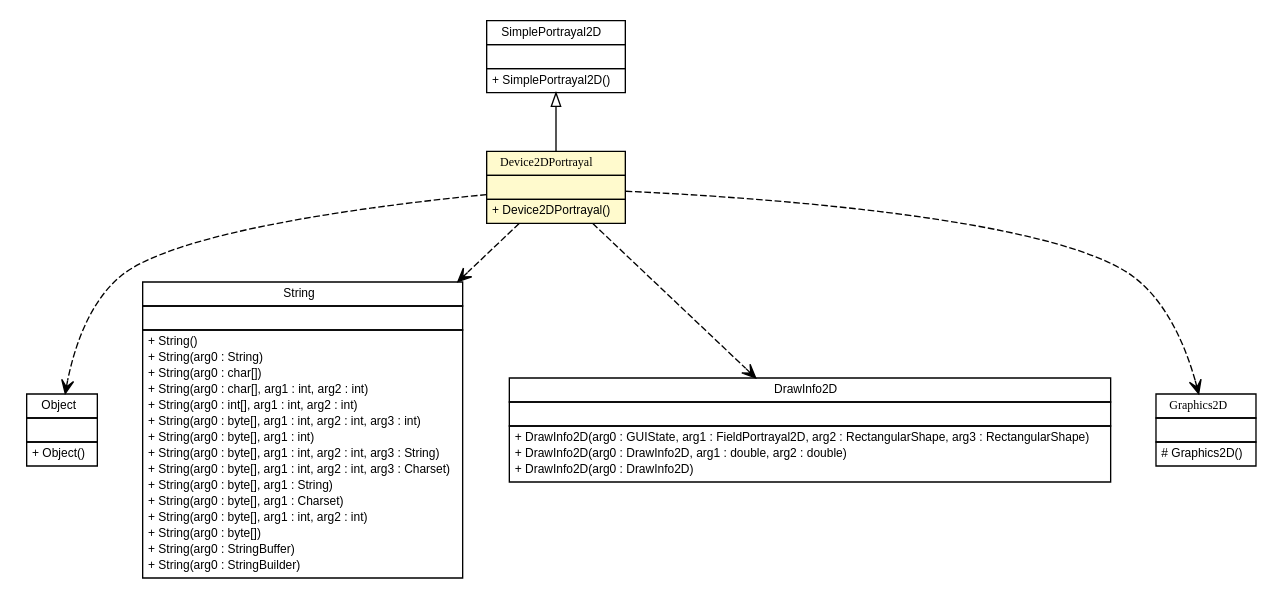
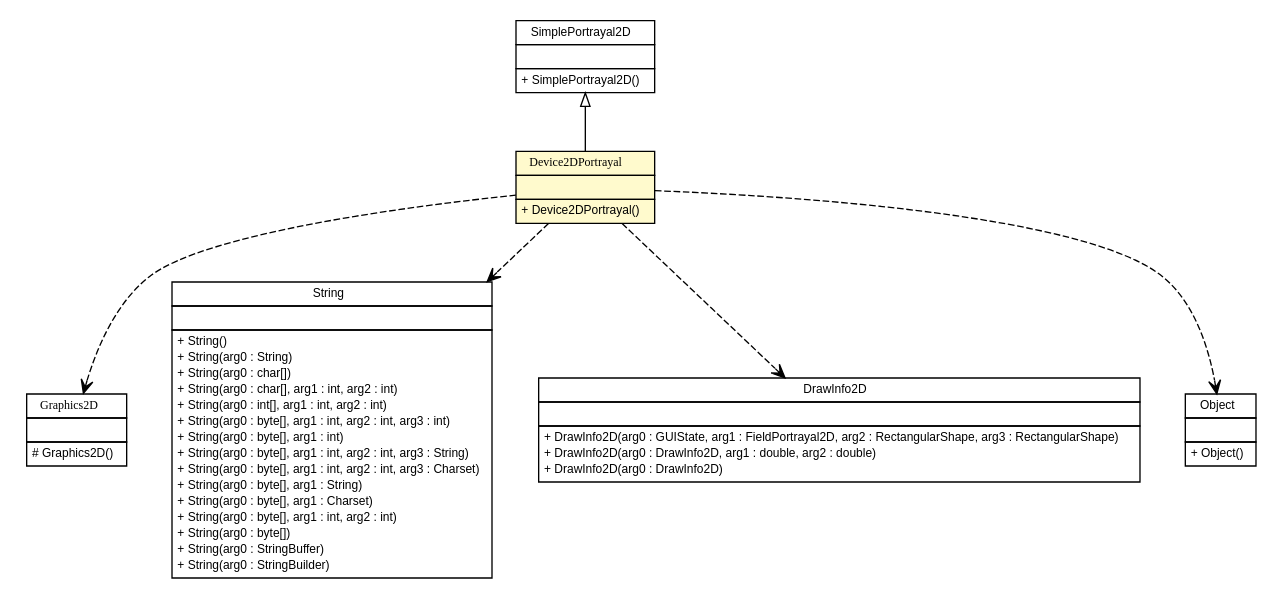
The diagram in apidocs/es/upm/dit/gsi/shanks/model/element/device/portrayal/Device2DPortrayal.dot (gsi-upm/Shanks), drawn with Graphviz before and after one commit. The commit also changed 948 other files, not shown here.

```diff
--- a/apidocs/es/upm/dit/gsi/shanks/model/element/device/portrayal/Device2DPortrayal.dot
+++ b/apidocs/es/upm/dit/gsi/shanks/model/element/device/portrayal/Device2DPortrayal.dot
@@ -1,110 +1,110 @@
 #!/usr/local/bin/dot
 #
 # Class diagram 
 # Generated by UMLGraph version 5.1 (http://www.umlgraph.org/)
 #
 
 digraph G {
 	edge [fontname="arial",fontsize=10,labelfontname="arial",labelfontsize=10];
 	node [fontname="arial",fontsize=10,shape=plaintext];
 	nodesep=0.25;
 	ranksep=0.5;
 	// es.upm.dit.gsi.shanks.model.element.device.portrayal.Device2DPortrayal
 	c4574 [label=<<table title="es.upm.dit.gsi.shanks.model.element.device.portrayal.Device2DPortrayal" border="0" cellborder="1" cellspacing="0" cellpadding="2" port="p" bgcolor="lemonChiffon" href="./Device2DPortrayal.html">
 		<tr><td><table border="0" cellspacing="0" cellpadding="1">
 <tr><td align="center" balign="center"><font face="ariali"> Device2DPortrayal </font></td></tr>
 		</table></td></tr>
 		<tr><td><table border="0" cellspacing="0" cellpadding="1">
 <tr><td align="left" balign="left">  </td></tr>
 		</table></td></tr>
 		<tr><td><table border="0" cellspacing="0" cellpadding="1">
 <tr><td align="left" balign="left"> + Device2DPortrayal() </td></tr>
 		</table></td></tr>
 		</table>>, fontname="arial", fontcolor="black", fontsize=9.0];
 	//es.upm.dit.gsi.shanks.model.element.device.portrayal.Device2DPortrayal extends sim.portrayal.SimplePortrayal2D
 	c4623:p -> c4574:p [dir=back,arrowtail=empty];
-	// es.upm.dit.gsi.shanks.model.element.device.portrayal.Device2DPortrayal DEPEND java.lang.Object
+	// es.upm.dit.gsi.shanks.model.element.device.portrayal.Device2DPortrayal DEPEND java.awt.Graphics2D
 	c4574:p -> c4624:p [taillabel="", label="", headlabel="", fontname="arial", fontcolor="black", fontsize=10.0, color="black", arrowhead=open, style=dashed];
 	// es.upm.dit.gsi.shanks.model.element.device.portrayal.Device2DPortrayal DEPEND java.lang.String
 	c4574:p -> c4625:p [taillabel="", label="", headlabel="", fontname="arial", fontcolor="black", fontsize=10.0, color="black", arrowhead=open, style=dashed];
 	// es.upm.dit.gsi.shanks.model.element.device.portrayal.Device2DPortrayal DEPEND sim.portrayal.DrawInfo2D
 	c4574:p -> c4626:p [taillabel="", label="", headlabel="", fontname="arial", fontcolor="black", fontsize=10.0, color="black", arrowhead=open, style=dashed];
-	// es.upm.dit.gsi.shanks.model.element.device.portrayal.Device2DPortrayal DEPEND java.awt.Graphics2D
+	// es.upm.dit.gsi.shanks.model.element.device.portrayal.Device2DPortrayal DEPEND java.lang.Object
 	c4574:p -> c4627:p [taillabel="", label="", headlabel="", fontname="arial", fontcolor="black", fontsize=10.0, color="black", arrowhead=open, style=dashed];
 	// java.awt.Graphics2D
-	c4627 [label=<<table title="java.awt.Graphics2D" border="0" cellborder="1" cellspacing="0" cellpadding="2" port="p" href="http://java.sun.com/j2se/1.4.2/docs/api/java/awt/Graphics2D.html">
+	c4624 [label=<<table title="java.awt.Graphics2D" border="0" cellborder="1" cellspacing="0" cellpadding="2" port="p" href="http://java.sun.com/j2se/1.4.2/docs/api/java/awt/Graphics2D.html">
 		<tr><td><table border="0" cellspacing="0" cellpadding="1">
 <tr><td align="center" balign="center"><font face="ariali"> Graphics2D </font></td></tr>
 		</table></td></tr>
 		<tr><td><table border="0" cellspacing="0" cellpadding="1">
 <tr><td align="left" balign="left">  </td></tr>
 		</table></td></tr>
 		<tr><td><table border="0" cellspacing="0" cellpadding="1">
 <tr><td align="left" balign="left"> # Graphics2D() </td></tr>
 		</table></td></tr>
 		</table>>, fontname="arial", fontcolor="black", fontsize=9.0];
 	// sim.portrayal.SimplePortrayal2D
 	c4623 [label=<<table title="sim.portrayal.SimplePortrayal2D" border="0" cellborder="1" cellspacing="0" cellpadding="2" port="p" href="http://java.sun.com/j2se/1.4.2/docs/api/sim/portrayal/SimplePortrayal2D.html">
 		<tr><td><table border="0" cellspacing="0" cellpadding="1">
 <tr><td align="center" balign="center"> SimplePortrayal2D </td></tr>
 		</table></td></tr>
 		<tr><td><table border="0" cellspacing="0" cellpadding="1">
 <tr><td align="left" balign="left">  </td></tr>
 		</table></td></tr>
 		<tr><td><table border="0" cellspacing="0" cellpadding="1">
 <tr><td align="left" balign="left"> + SimplePortrayal2D() </td></tr>
 		</table></td></tr>
 		</table>>, fontname="arial", fontcolor="black", fontsize=9.0];
 	// sim.portrayal.DrawInfo2D
 	c4626 [label=<<table title="sim.portrayal.DrawInfo2D" border="0" cellborder="1" cellspacing="0" cellpadding="2" port="p" href="http://java.sun.com/j2se/1.4.2/docs/api/sim/portrayal/DrawInfo2D.html">
 		<tr><td><table border="0" cellspacing="0" cellpadding="1">
 <tr><td align="center" balign="center"> DrawInfo2D </td></tr>
 		</table></td></tr>
 		<tr><td><table border="0" cellspacing="0" cellpadding="1">
 <tr><td align="left" balign="left">  </td></tr>
 		</table></td></tr>
 		<tr><td><table border="0" cellspacing="0" cellpadding="1">
 <tr><td align="left" balign="left"> + DrawInfo2D(arg0 : GUIState, arg1 : FieldPortrayal2D, arg2 : RectangularShape, arg3 : RectangularShape) </td></tr>
 <tr><td align="left" balign="left"> + DrawInfo2D(arg0 : DrawInfo2D, arg1 : double, arg2 : double) </td></tr>
 <tr><td align="left" balign="left"> + DrawInfo2D(arg0 : DrawInfo2D) </td></tr>
 		</table></td></tr>
 		</table>>, fontname="arial", fontcolor="black", fontsize=9.0];
 	// java.lang.Object
-	c4624 [label=<<table title="java.lang.Object" border="0" cellborder="1" cellspacing="0" cellpadding="2" port="p" href="http://java.sun.com/j2se/1.4.2/docs/api/java/lang/Object.html">
+	c4627 [label=<<table title="java.lang.Object" border="0" cellborder="1" cellspacing="0" cellpadding="2" port="p" href="http://java.sun.com/j2se/1.4.2/docs/api/java/lang/Object.html">
 		<tr><td><table border="0" cellspacing="0" cellpadding="1">
 <tr><td align="center" balign="center"> Object </td></tr>
 		</table></td></tr>
 		<tr><td><table border="0" cellspacing="0" cellpadding="1">
 <tr><td align="left" balign="left">  </td></tr>
 		</table></td></tr>
 		<tr><td><table border="0" cellspacing="0" cellpadding="1">
 <tr><td align="left" balign="left"> + Object() </td></tr>
 		</table></td></tr>
 		</table>>, fontname="arial", fontcolor="black", fontsize=9.0];
 	// java.lang.String
 	c4625 [label=<<table title="java.lang.String" border="0" cellborder="1" cellspacing="0" cellpadding="2" port="p" href="http://java.sun.com/j2se/1.4.2/docs/api/java/lang/String.html">
 		<tr><td><table border="0" cellspacing="0" cellpadding="1">
 <tr><td align="center" balign="center"> String </td></tr>
 		</table></td></tr>
 		<tr><td><table border="0" cellspacing="0" cellpadding="1">
 <tr><td align="left" balign="left">  </td></tr>
 		</table></td></tr>
 		<tr><td><table border="0" cellspacing="0" cellpadding="1">
 <tr><td align="left" balign="left"> + String() </td></tr>
 <tr><td align="left" balign="left"> + String(arg0 : String) </td></tr>
 <tr><td align="left" balign="left"> + String(arg0 : char[]) </td></tr>
 <tr><td align="left" balign="left"> + String(arg0 : char[], arg1 : int, arg2 : int) </td></tr>
 <tr><td align="left" balign="left"> + String(arg0 : int[], arg1 : int, arg2 : int) </td></tr>
 <tr><td align="left" balign="left"> + String(arg0 : byte[], arg1 : int, arg2 : int, arg3 : int) </td></tr>
 <tr><td align="left" balign="left"> + String(arg0 : byte[], arg1 : int) </td></tr>
 <tr><td align="left" balign="left"> + String(arg0 : byte[], arg1 : int, arg2 : int, arg3 : String) </td></tr>
 <tr><td align="left" balign="left"> + String(arg0 : byte[], arg1 : int, arg2 : int, arg3 : Charset) </td></tr>
 <tr><td align="left" balign="left"> + String(arg0 : byte[], arg1 : String) </td></tr>
 <tr><td align="left" balign="left"> + String(arg0 : byte[], arg1 : Charset) </td></tr>
 <tr><td align="left" balign="left"> + String(arg0 : byte[], arg1 : int, arg2 : int) </td></tr>
 <tr><td align="left" balign="left"> + String(arg0 : byte[]) </td></tr>
 <tr><td align="left" balign="left"> + String(arg0 : StringBuffer) </td></tr>
 <tr><td align="left" balign="left"> + String(arg0 : StringBuilder) </td></tr>
 		</table></td></tr>
 		</table>>, fontname="arial", fontcolor="black", fontsize=9.0];
 }
```
